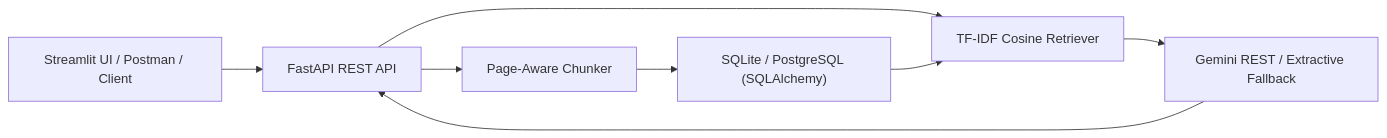
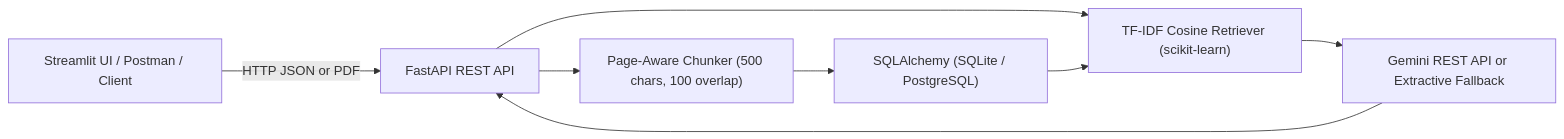
The diagram in README.md (Snehatyagi2/docuquery), drawn with Mermaid before and after one commit. The commit also changed other lines of this file and 1 other file, not shown here.

Commit message:
docs: add comprehensive README, API reference, and technical architecture guide

````diff
--- a/README.md
+++ b/README.md
@@ -14,10 +33,10 @@
 ```mermaid
 flowchart LR
-    Client["Streamlit UI / Postman / Client"] --> API["FastAPI REST API"]
-    API --> Chunker["Page-Aware Chunker"]
-    Chunker --> DB["SQLite / PostgreSQL (SQLAlchemy)"]
-    API --> Retriever["TF-IDF Cosine Retriever"]
+    UI["Streamlit UI / Postman / Client"] -->|HTTP JSON or PDF| API["FastAPI REST API"]
+    API --> Chunker["Page-Aware Chunker (500 chars, 100 overlap)"]
+    Chunker --> DB["SQLAlchemy (SQLite / PostgreSQL)"]
+    API --> Retriever["TF-IDF Cosine Retriever (scikit-learn)"]
     DB --> Retriever
-    Retriever --> LLM["Gemini REST / Extractive Fallback"]
-    LLM --> API
+    Retriever --> Synth["Gemini REST API or Extractive Fallback"]
+    Synth --> API
 ```
````
